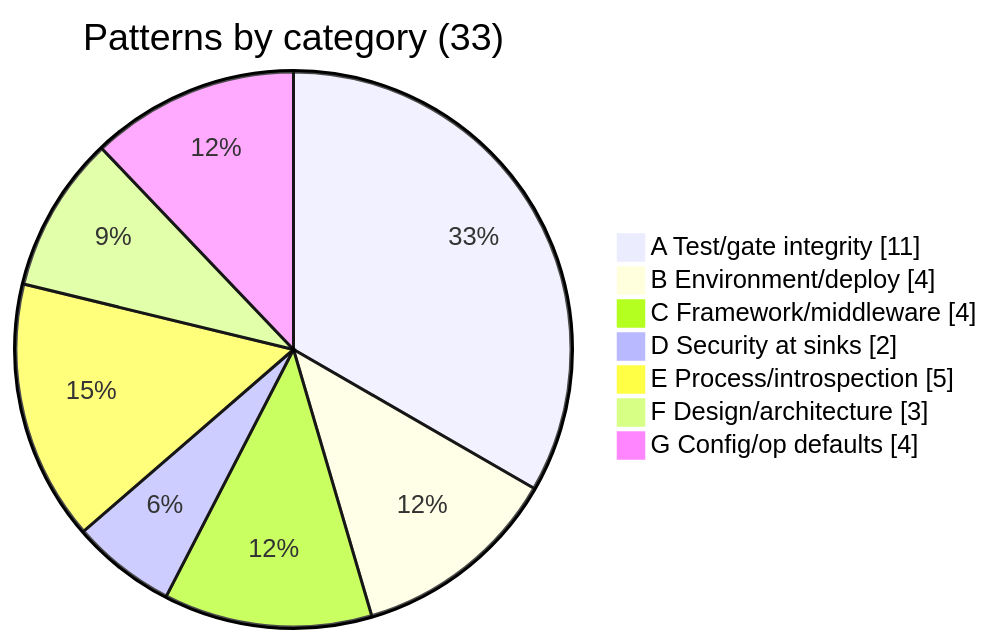
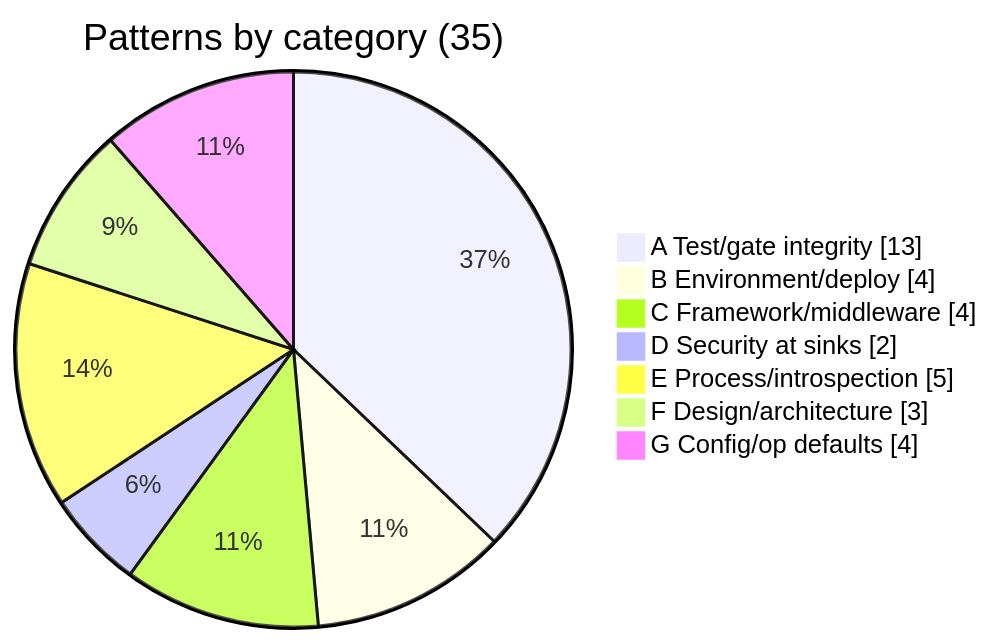
Before and after one commit to pranems/SCIMServer: the second of 2 diagrams in docs/strategy/ENGINEERING_LESSONS_AND_PATTERNS.md, drawn with Mermaid. The commit also changed other lines of this file and 13 other files, not shown here.

````diff
--- a/docs/strategy/ENGINEERING_LESSONS_AND_PATTERNS.md
+++ b/docs/strategy/ENGINEERING_LESSONS_AND_PATTERNS.md
@@ -162,11 +162,11 @@
 ```mermaid
 pie showData
-    title Patterns by category (33)
-    "A Test/gate integrity" : 11
+    title Patterns by category (35)
+    "A Test/gate integrity" : 13
     "B Environment/deploy" : 4
     "C Framework/middleware" : 4
     "D Security at sinks" : 2
     "E Process/introspection" : 5
     "F Design/architecture" : 3
     "G Config/op defaults" : 4
 ```
````
